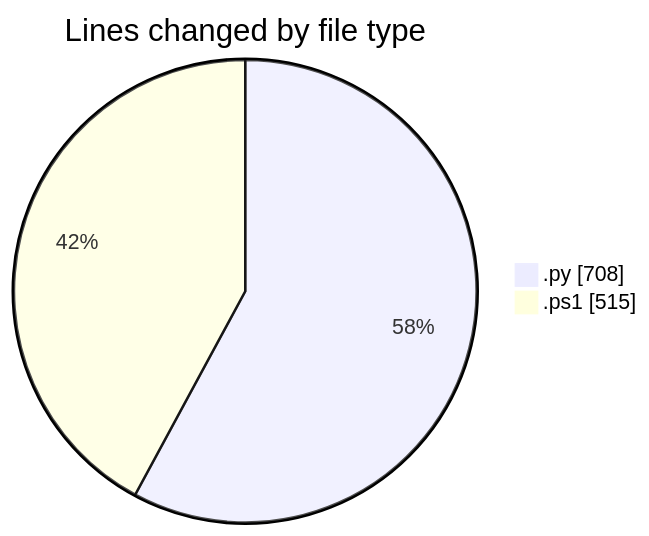
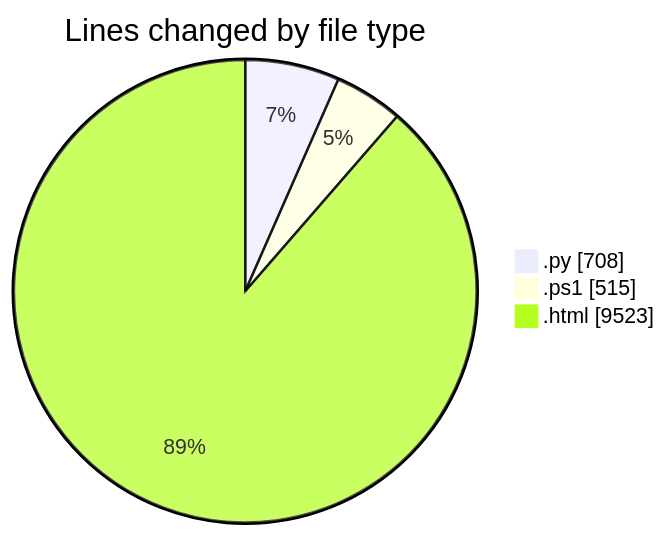
Before and after one commit to shibass792/code-tracking: the first of 2 diagrams in 2026-07-08/shibass-ai/README.md, drawn with Mermaid. The commit also changed other lines of this file and 1 other file, not shown here.

````diff
--- a/2026-07-08/shibass-ai/README.md
+++ b/2026-07-08/shibass-ai/README.md
@@ -21,6 +22,7 @@
 ```mermaid
 pie showData
 title Lines changed by file type
 ".py" : 708
 ".ps1" : 515
+".html" : 9523
 ```
````
